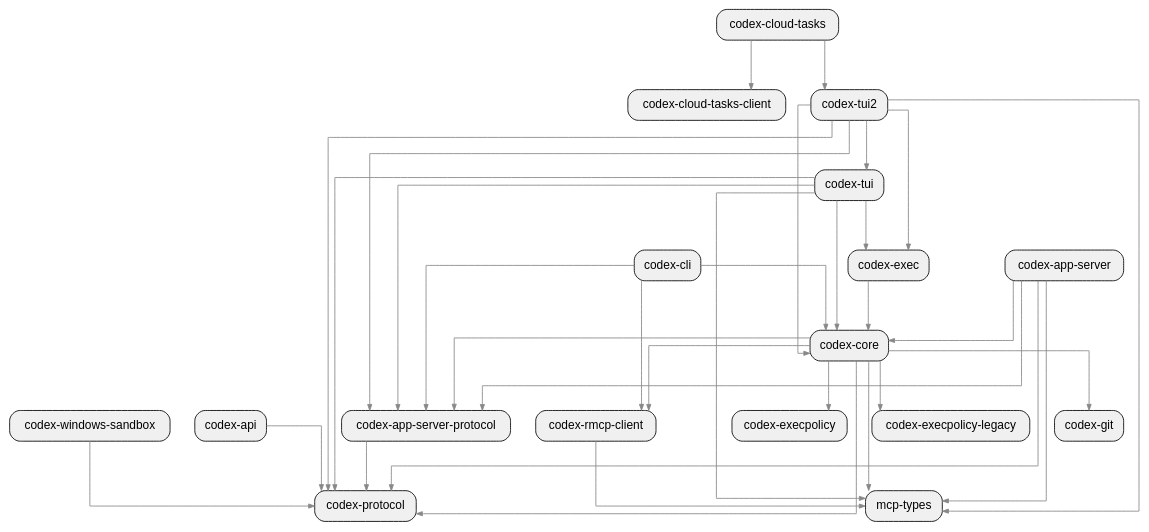
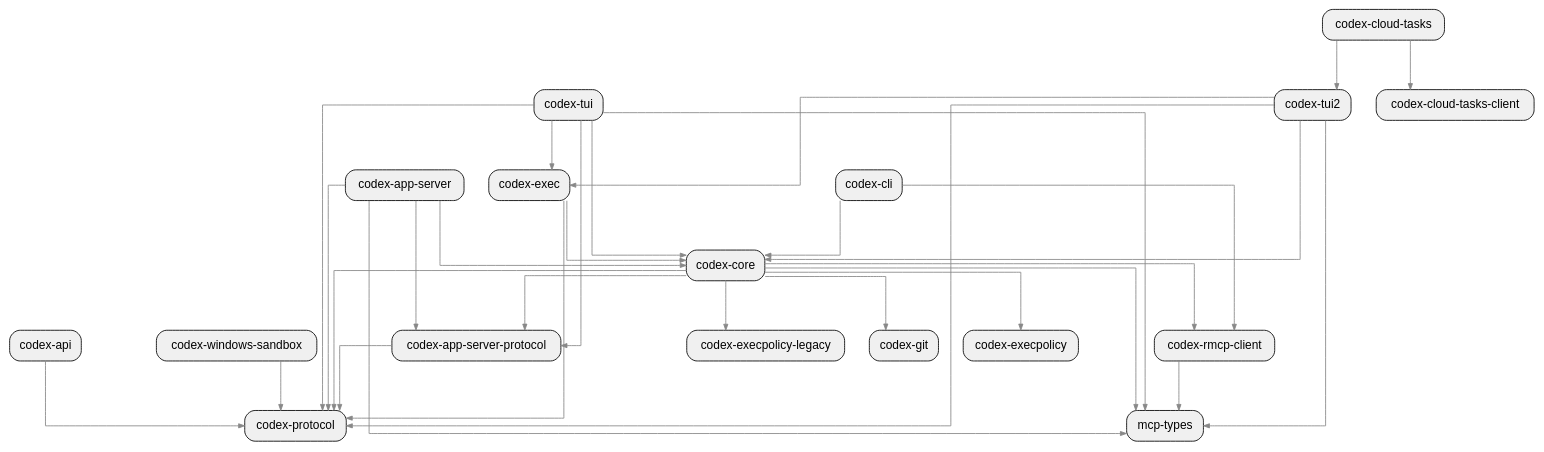
One commit to allenanswerzq/llmcc changed the diagram in sample/rust/codex-pagerank/depth_1_crate.dot. Above: the diagram before and after it, drawn with Graphviz. The commit also changed 402 other files, not shown here.

```diff
--- a/sample/rust/codex-pagerank/depth_1_crate.dot
+++ b/sample/rust/codex-pagerank/depth_1_crate.dot
@@ -1,64 +1,62 @@
 digraph architecture {
   rankdir=TB;
   ranksep=0.8;
   nodesep=0.4;
   splines=ortho;
   concentrate=true;
 
   node [shape=box, style="rounded,filled", fillcolor="#f0f0f0", fontname="Helvetica"];
   edge [color="#888888", arrowsize=0.7];
 
   labelloc=t;
   fontsize=16;
 
   crate_codex_api[label="codex-api", path="/home/yibai/llmcc/sample/repos/codex/codex-rs/codex-api"];
   crate_codex_app_server[label="codex-app-server", path="/home/yibai/llmcc/sample/repos/codex/codex-rs/app-server"];
   crate_codex_app_server_protocol[label="codex-app-server-protocol", path="/home/yibai/llmcc/sample/repos/codex/codex-rs/app-server-protocol"];
   crate_codex_cli[label="codex-cli", path="/home/yibai/llmcc/sample/repos/codex/codex-rs/cli"];
   crate_codex_cloud_tasks[label="codex-cloud-tasks", path="/home/yibai/llmcc/sample/repos/codex/codex-rs/cloud-tasks"];
   crate_codex_cloud_tasks_client[label="codex-cloud-tasks-client", path="/home/yibai/llmcc/sample/repos/codex/codex-rs/cloud-tasks-client"];
   crate_codex_core[label="codex-core", path="/home/yibai/llmcc/sample/repos/codex/codex-rs/core"];
   crate_codex_exec[label="codex-exec", path="/home/yibai/llmcc/sample/repos/codex/codex-rs/exec"];
   crate_codex_execpolicy[label="codex-execpolicy", path="/home/yibai/llmcc/sample/repos/codex/codex-rs/execpolicy"];
   crate_codex_execpolicy_legacy[label="codex-execpolicy-legacy", path="/home/yibai/llmcc/sample/repos/codex/codex-rs/execpolicy-legacy"];
   crate_codex_git[label="codex-git", path="/home/yibai/llmcc/sample/repos/codex/codex-rs/utils/git"];
   crate_codex_protocol[label="codex-protocol", path="/home/yibai/llmcc/sample/repos/codex/codex-rs/protocol"];
   crate_codex_rmcp_client[label="codex-rmcp-client", path="/home/yibai/llmcc/sample/repos/codex/codex-rs/rmcp-client"];
   crate_codex_tui[label="codex-tui", path="/home/yibai/llmcc/sample/repos/codex/codex-rs/tui"];
   crate_codex_tui2[label="codex-tui2", path="/home/yibai/llmcc/sample/repos/codex/codex-rs/tui2"];
   crate_codex_windows_sandbox[label="codex-windows-sandbox", path="/home/yibai/llmcc/sample/repos/codex/codex-rs/windows-sandbox-rs"];
   crate_mcp_types[label="mcp-types", path="/home/yibai/llmcc/sample/repos/codex/codex-rs/mcp-types"];
 
   crate_codex_api -> crate_codex_protocol;
   crate_codex_app_server -> crate_codex_app_server_protocol;
   crate_codex_app_server -> crate_codex_core;
   crate_codex_app_server -> crate_codex_protocol;
   crate_codex_app_server -> crate_mcp_types;
   crate_codex_app_server_protocol -> crate_codex_protocol;
-  crate_codex_cli -> crate_codex_app_server_protocol;
   crate_codex_cli -> crate_codex_core;
   crate_codex_cli -> crate_codex_rmcp_client;
   crate_codex_cloud_tasks -> crate_codex_cloud_tasks_client;
   crate_codex_cloud_tasks -> crate_codex_tui2;
   crate_codex_core -> crate_codex_app_server_protocol;
   crate_codex_core -> crate_codex_execpolicy;
   crate_codex_core -> crate_codex_execpolicy_legacy;
   crate_codex_core -> crate_codex_git;
   crate_codex_core -> crate_codex_protocol;
   crate_codex_core -> crate_codex_rmcp_client;
   crate_codex_core -> crate_mcp_types;
   crate_codex_exec -> crate_codex_core;
+  crate_codex_exec -> crate_codex_protocol;
   crate_codex_rmcp_client -> crate_mcp_types;
   crate_codex_tui -> crate_codex_app_server_protocol;
   crate_codex_tui -> crate_codex_core;
   crate_codex_tui -> crate_codex_exec;
   crate_codex_tui -> crate_codex_protocol;
   crate_codex_tui -> crate_mcp_types;
-  crate_codex_tui2 -> crate_codex_app_server_protocol;
   crate_codex_tui2 -> crate_codex_core;
   crate_codex_tui2 -> crate_codex_exec;
   crate_codex_tui2 -> crate_codex_protocol;
-  crate_codex_tui2 -> crate_codex_tui;
   crate_codex_tui2 -> crate_mcp_types;
   crate_codex_windows_sandbox -> crate_codex_protocol;
 }
```
